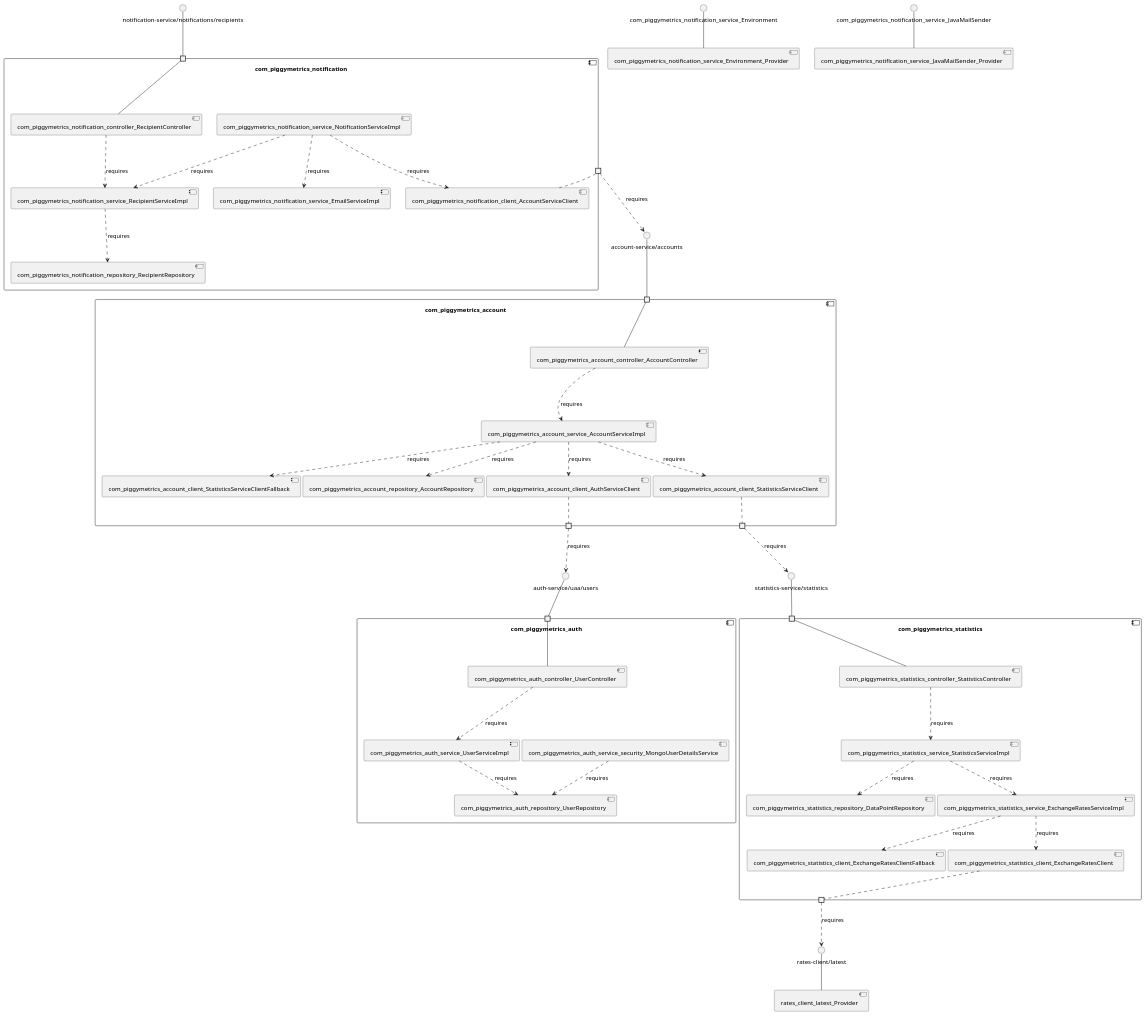
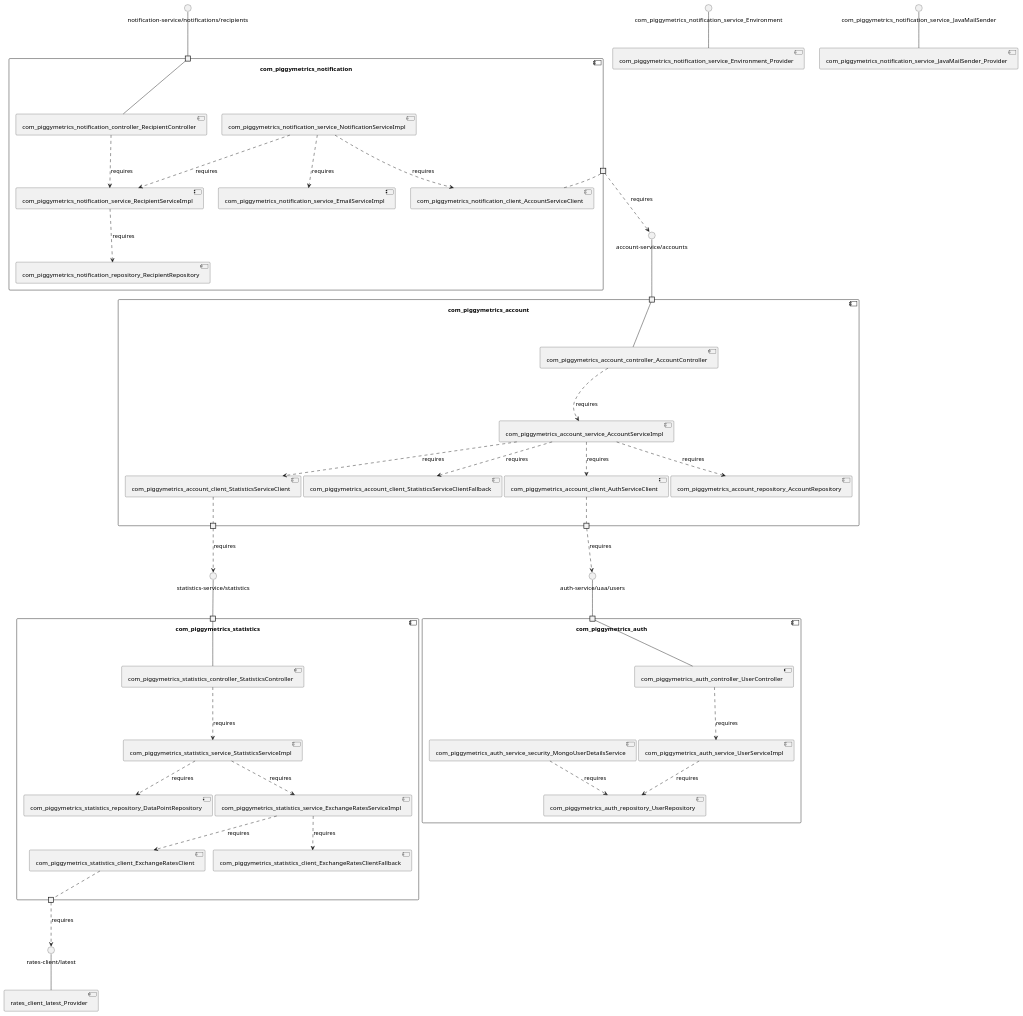
The diagram in sqshq-piggymetrics/model_re/uml/componentDiagram.puml (MSt-10/Palladio-ReverseEngineering-Benchmark), drawn with PlantUML before and after one commit. The commit also changed other lines of this file and 264 other files, not shown here.

```diff
--- a/sqshq-piggymetrics/model_re/uml/componentDiagram.puml
+++ b/sqshq-piggymetrics/model_re/uml/componentDiagram.puml
@@ -1,91 +1,91 @@
 @startuml
 skinparam fixCircleLabelOverlapping true
 skinparam componentStyle uml2
 component "com_piggymetrics_account\n\n\n\n\n\n" {
+[com_piggymetrics_account_service_AccountServiceImpl]
+[com_piggymetrics_account_repository_AccountRepository]
+[com_piggymetrics_account_controller_AccountController]
 [com_piggymetrics_account_client_StatisticsServiceClient]
+[com_piggymetrics_account_client_StatisticsServiceClientFallback]
 [com_piggymetrics_account_client_AuthServiceClient]
-[com_piggymetrics_account_client_StatisticsServiceClientFallback]
-[com_piggymetrics_account_controller_AccountController]
-[com_piggymetrics_account_repository_AccountRepository]
-[com_piggymetrics_account_service_AccountServiceImpl]
 portin " " as com_piggymetrics_account_requires_account_service_accounts
+portout " " as com_piggymetrics_account_provides_statistics_service_statistics
 portout " " as com_piggymetrics_account_provides_auth_service_uaa_users
-portout " " as com_piggymetrics_account_provides_statistics_service_statistics
+[com_piggymetrics_account_service_AccountServiceImpl]..>[com_piggymetrics_account_client_StatisticsServiceClientFallback] : requires
+[com_piggymetrics_account_service_AccountServiceImpl]..>[com_piggymetrics_account_client_StatisticsServiceClient] : requires
+[com_piggymetrics_account_controller_AccountController]..>[com_piggymetrics_account_service_AccountServiceImpl] : requires
+[com_piggymetrics_account_service_AccountServiceImpl]..>[com_piggymetrics_account_client_AuthServiceClient] : requires
 [com_piggymetrics_account_service_AccountServiceImpl]..>[com_piggymetrics_account_repository_AccountRepository] : requires
-[com_piggymetrics_account_service_AccountServiceImpl]..>[com_piggymetrics_account_client_StatisticsServiceClient] : requires
-[com_piggymetrics_account_service_AccountServiceImpl]..>[com_piggymetrics_account_client_AuthServiceClient] : requires
-[com_piggymetrics_account_service_AccountServiceImpl]..>[com_piggymetrics_account_client_StatisticsServiceClientFallback] : requires
-[com_piggymetrics_account_controller_AccountController]..>[com_piggymetrics_account_service_AccountServiceImpl] : requires
 "com_piggymetrics_account_requires_account_service_accounts"--[com_piggymetrics_account_controller_AccountController]
+[com_piggymetrics_account_client_StatisticsServiceClient].."com_piggymetrics_account_provides_statistics_service_statistics"
 [com_piggymetrics_account_client_AuthServiceClient].."com_piggymetrics_account_provides_auth_service_uaa_users"
-[com_piggymetrics_account_client_StatisticsServiceClient].."com_piggymetrics_account_provides_statistics_service_statistics"
 }
 interface "account-service/accounts" as interface.account_service_accounts
 interface.account_service_accounts--"com_piggymetrics_account_requires_account_service_accounts"
 interface "auth-service/uaa/users" as interface.auth_service_uaa_users
 "com_piggymetrics_account_provides_auth_service_uaa_users"..>interface.auth_service_uaa_users : requires
 interface "statistics-service/statistics" as interface.statistics_service_statistics
 "com_piggymetrics_account_provides_statistics_service_statistics"..>interface.statistics_service_statistics : requires
 component "com_piggymetrics_auth\n\n\n\n\n\n" {
+[com_piggymetrics_auth_service_UserServiceImpl]
 [com_piggymetrics_auth_service_security_MongoUserDetailsService]
+[com_piggymetrics_auth_controller_UserController]
 [com_piggymetrics_auth_repository_UserRepository]
-[com_piggymetrics_auth_controller_UserController]
-[com_piggymetrics_auth_service_UserServiceImpl]
 portin " " as com_piggymetrics_auth_requires_auth_service_uaa_users
+[com_piggymetrics_auth_service_security_MongoUserDetailsService]..>[com_piggymetrics_auth_repository_UserRepository] : requires
 [com_piggymetrics_auth_controller_UserController]..>[com_piggymetrics_auth_service_UserServiceImpl] : requires
 [com_piggymetrics_auth_service_UserServiceImpl]..>[com_piggymetrics_auth_repository_UserRepository] : requires
-[com_piggymetrics_auth_service_security_MongoUserDetailsService]..>[com_piggymetrics_auth_repository_UserRepository] : requires
 "com_piggymetrics_auth_requires_auth_service_uaa_users"--[com_piggymetrics_auth_controller_UserController]
 }
 interface "auth-service/uaa/users" as interface.auth_service_uaa_users
 interface.auth_service_uaa_users--"com_piggymetrics_auth_requires_auth_service_uaa_users"
 component "com_piggymetrics_notification\n\n\n\n\n\n" {
-[com_piggymetrics_notification_service_RecipientServiceImpl]
 [com_piggymetrics_notification_service_EmailServiceImpl]
 [com_piggymetrics_notification_service_NotificationServiceImpl]
+[com_piggymetrics_notification_service_RecipientServiceImpl]
+[com_piggymetrics_notification_repository_RecipientRepository]
 [com_piggymetrics_notification_client_AccountServiceClient]
 [com_piggymetrics_notification_controller_RecipientController]
-[com_piggymetrics_notification_repository_RecipientRepository]
 portin " " as com_piggymetrics_notification_requires_notification_service_notifications_recipients
 portout " " as com_piggymetrics_notification_provides_account_service_accounts
+[com_piggymetrics_notification_service_NotificationServiceImpl]..>[com_piggymetrics_notification_service_RecipientServiceImpl] : requires
+[com_piggymetrics_notification_service_NotificationServiceImpl]..>[com_piggymetrics_notification_service_EmailServiceImpl] : requires
+[com_piggymetrics_notification_controller_RecipientController]..>[com_piggymetrics_notification_service_RecipientServiceImpl] : requires
+[com_piggymetrics_notification_service_RecipientServiceImpl]..>[com_piggymetrics_notification_repository_RecipientRepository] : requires
 [com_piggymetrics_notification_service_NotificationServiceImpl]..>[com_piggymetrics_notification_client_AccountServiceClient] : requires
-[com_piggymetrics_notification_service_NotificationServiceImpl]..>[com_piggymetrics_notification_service_EmailServiceImpl] : requires
-[com_piggymetrics_notification_service_RecipientServiceImpl]..>[com_piggymetrics_notification_repository_RecipientRepository] : requires
-[com_piggymetrics_notification_service_NotificationServiceImpl]..>[com_piggymetrics_notification_service_RecipientServiceImpl] : requires
-[com_piggymetrics_notification_controller_RecipientController]..>[com_piggymetrics_notification_service_RecipientServiceImpl] : requires
 "com_piggymetrics_notification_requires_notification_service_notifications_recipients"--[com_piggymetrics_notification_controller_RecipientController]
 [com_piggymetrics_notification_client_AccountServiceClient].."com_piggymetrics_notification_provides_account_service_accounts"
 }
 interface "notification-service/notifications/recipients" as interface.notification_service_notifications_recipients
 interface.notification_service_notifications_recipients--"com_piggymetrics_notification_requires_notification_service_notifications_recipients"
 interface "account-service/accounts" as interface.account_service_accounts
 "com_piggymetrics_notification_provides_account_service_accounts"..>interface.account_service_accounts : requires
 component "com_piggymetrics_statistics\n\n\n\n\n\n" {
+[com_piggymetrics_statistics_controller_StatisticsController]
+[com_piggymetrics_statistics_service_ExchangeRatesServiceImpl]
+[com_piggymetrics_statistics_service_StatisticsServiceImpl]
 [com_piggymetrics_statistics_repository_DataPointRepository]
-[com_piggymetrics_statistics_service_StatisticsServiceImpl]
-[com_piggymetrics_statistics_controller_StatisticsController]
 [com_piggymetrics_statistics_client_ExchangeRatesClientFallback]
-[com_piggymetrics_statistics_service_ExchangeRatesServiceImpl]
 [com_piggymetrics_statistics_client_ExchangeRatesClient]
 portin " " as com_piggymetrics_statistics_requires_statistics_service_statistics
 portout " " as com_piggymetrics_statistics_provides_rates_client_latest
 [com_piggymetrics_statistics_service_StatisticsServiceImpl]..>[com_piggymetrics_statistics_service_ExchangeRatesServiceImpl] : requires
+[com_piggymetrics_statistics_controller_StatisticsController]..>[com_piggymetrics_statistics_service_StatisticsServiceImpl] : requires
 [com_piggymetrics_statistics_service_StatisticsServiceImpl]..>[com_piggymetrics_statistics_repository_DataPointRepository] : requires
-[com_piggymetrics_statistics_controller_StatisticsController]..>[com_piggymetrics_statistics_service_StatisticsServiceImpl] : requires
+[com_piggymetrics_statistics_service_ExchangeRatesServiceImpl]..>[com_piggymetrics_statistics_client_ExchangeRatesClientFallback] : requires
 [com_piggymetrics_statistics_service_ExchangeRatesServiceImpl]..>[com_piggymetrics_statistics_client_ExchangeRatesClient] : requires
-[com_piggymetrics_statistics_service_ExchangeRatesServiceImpl]..>[com_piggymetrics_statistics_client_ExchangeRatesClientFallback] : requires
 "com_piggymetrics_statistics_requires_statistics_service_statistics"--[com_piggymetrics_statistics_controller_StatisticsController]
 [com_piggymetrics_statistics_client_ExchangeRatesClient].."com_piggymetrics_statistics_provides_rates_client_latest"
 }
 interface "statistics-service/statistics" as interface.statistics_service_statistics
 interface.statistics_service_statistics--"com_piggymetrics_statistics_requires_statistics_service_statistics"
 interface "rates-client/latest" as interface.rates_client_latest
 "com_piggymetrics_statistics_provides_rates_client_latest"..>interface.rates_client_latest : requires
 interface "com_piggymetrics_notification_service_Environment" as interface.com_piggymetrics_notification_service_Environment
 interface.com_piggymetrics_notification_service_Environment--[com_piggymetrics_notification_service_Environment_Provider]
 interface "com_piggymetrics_notification_service_JavaMailSender" as interface.com_piggymetrics_notification_service_JavaMailSender
 interface.com_piggymetrics_notification_service_JavaMailSender--[com_piggymetrics_notification_service_JavaMailSender_Provider]
 interface "rates-client/latest" as interface.rates_client_latest
 interface.rates_client_latest--[rates_client_latest_Provider]
 
 @enduml
```
